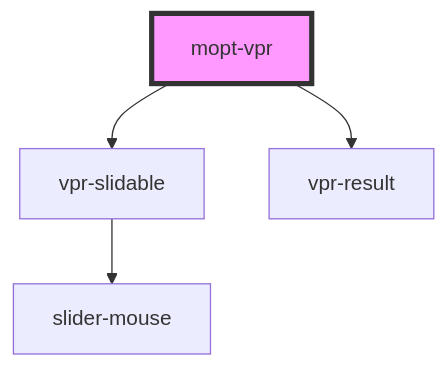
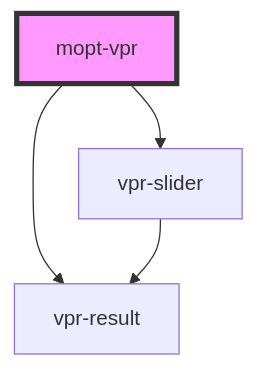
Before and after one commit to vviinn/widgets: the diagram in src/components/mopt-vpr/readme.md, drawn with Mermaid. The commit also changed other lines of this file and 2 other files, not shown here.

````diff
--- a/src/components/mopt-vpr/readme.md
+++ b/src/components/mopt-vpr/readme.md
@@ -39,7 +40,7 @@
 ```mermaid
 graph TD;
-  mopt-vpr --> vpr-slidable
+  mopt-vpr --> vpr-slider
   mopt-vpr --> vpr-result
-  vpr-slidable --> slider-mouse
+  vpr-slider --> vpr-result
   style mopt-vpr fill:#f9f,stroke:#333,stroke-width:4px
 ```
````
